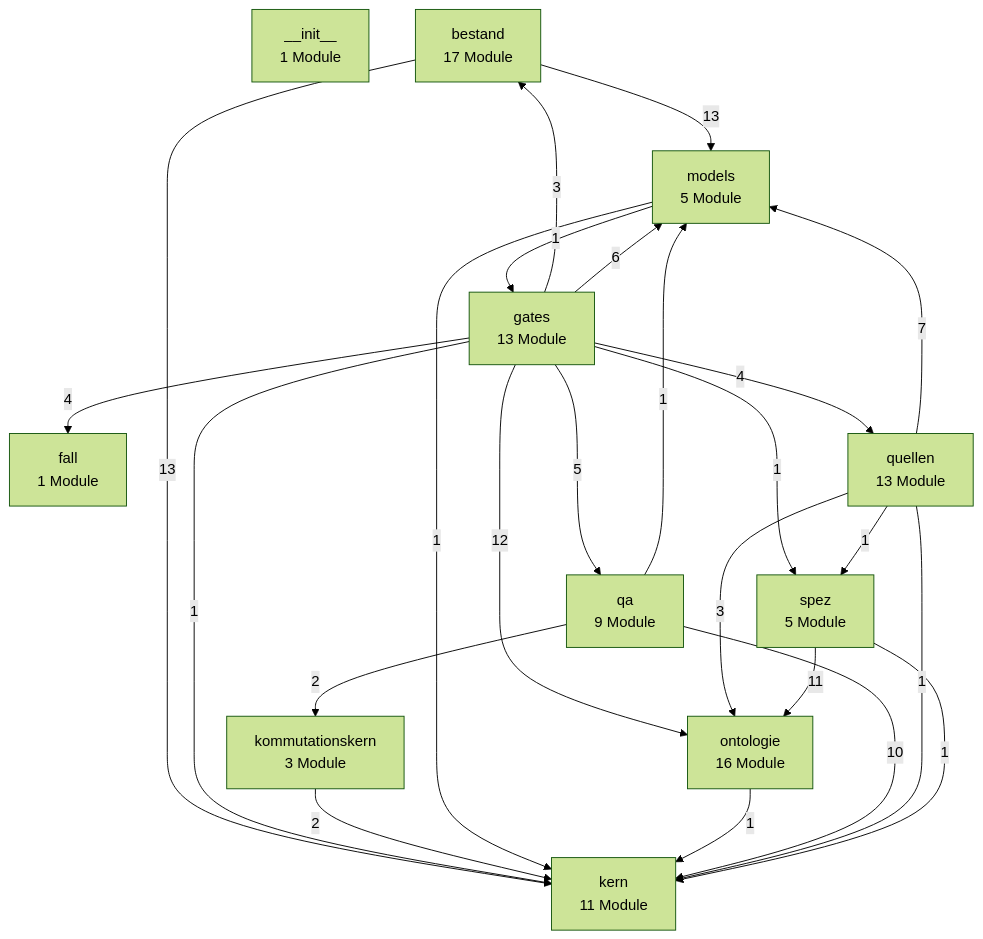
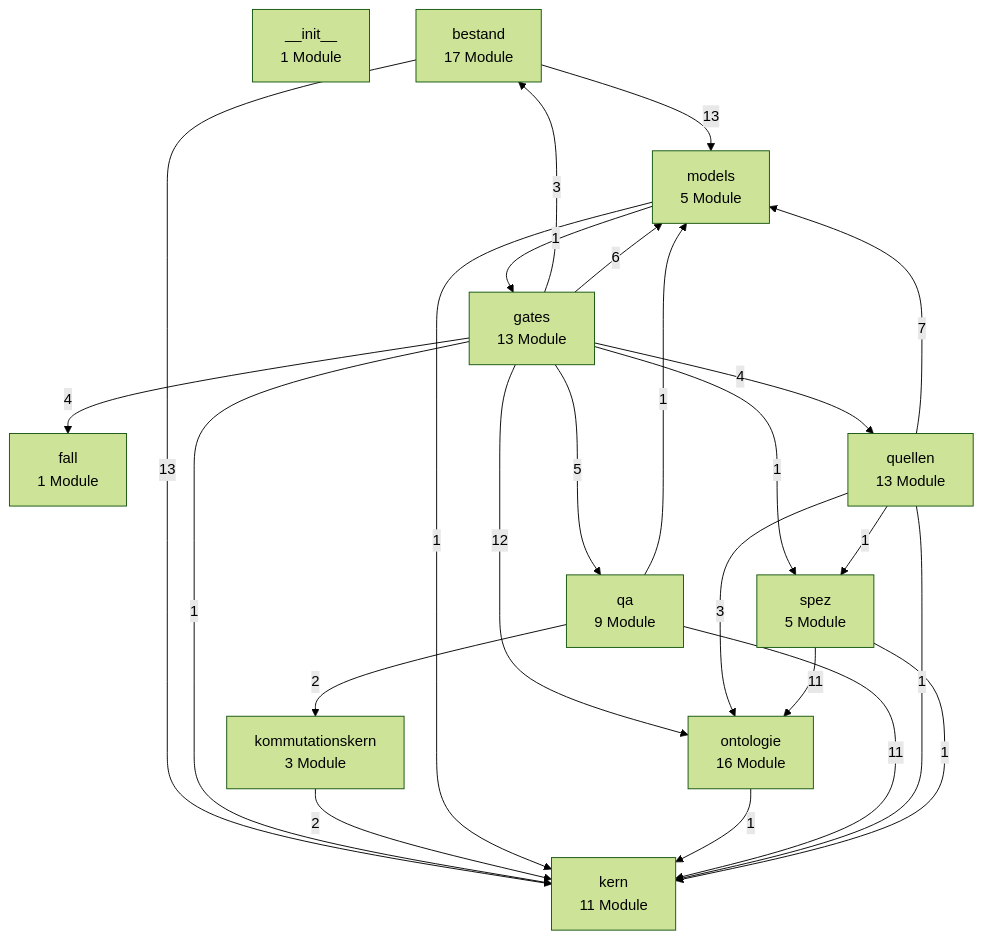
The first of 3 diagrams in docs/architektur/landkarte.md (bartlmac/rechner-pipeline), drawn with Mermaid (forest theme) before and after one commit. The commit also changed 2 other files, not shown here.

Commit message:
feat(qa): Herabsetzung als Geschaeftsvorfall des aktuariellen Tests
Die Beitragsherabsetzung war bisher kein Anlass des A-M3-Tests. Sie
passt nicht in das Zustandspaar-Schema der uebrigen Vorfaelle: Sie
TEILT den Vertrag, und wie weit, steht nicht im Zustand, sondern im
Vorfall selbst.

Deshalb bekommt der Pruefpunkt ein Feld "parameter". Fuer die
Herabsetzung traegt es den fortgefuehrten Beitragsanteil; die Engine
rechnet dDK daraus ueber kern.beitragsreduktion mit dem Zielverfahren
(prospektiv, verlustfrei). Rechnet das Quellsystem mit Abzug, ist die
Differenz kein Fehler, sondern die Verfahrensfrage — sie gehoert ins
Residuum und nicht in eine Anpassung der Engine.

Drei harte Grenzen statt stiller Naeherung: ohne Anteil bricht die
Pruefung ab (ein geratener Anteil waere eine erfundene
Vergleichsgroesse), ein Anteil ausserhalb [0, 1] ebenfalls, und ein
unterjaehriger Punkt auch — die Herabsetzung findet nur am
Vertragsstichtag statt, alles andere setzte die noch offene
Rumpfjahr-Konvention still fest.

Suite 1135 passed.

Generated with Claude Code

````diff
--- a/docs/architektur/landkarte.md
+++ b/docs/architektur/landkarte.md
@@ -27,38 +27,38 @@
 ```mermaid
 %% Schichten — erzeugt von ontologie.landkarte
 flowchart TD
     n__init__["__init__<br/>1 Module"]
     bestand["bestand<br/>17 Module"]
     fall["fall<br/>1 Module"]
     gates["gates<br/>13 Module"]
     kern["kern<br/>11 Module"]
     kommutationskern["kommutationskern<br/>3 Module"]
     models["models<br/>5 Module"]
     ontologie["ontologie<br/>16 Module"]
     qa["qa<br/>9 Module"]
     quellen["quellen<br/>13 Module"]
     spez["spez<br/>5 Module"]
     bestand -- 13 --> kern
     bestand -- 13 --> models
     gates -- 3 --> bestand
     gates -- 4 --> fall
     gates -- 1 --> kern
     gates -- 6 --> models
     gates -- 12 --> ontologie
     gates -- 5 --> qa
     gates -- 4 --> quellen
     gates -- 1 --> spez
     kommutationskern -- 2 --> kern
     models -- 1 --> gates
     models -- 1 --> kern
     ontologie -- 1 --> kern
-    qa -- 10 --> kern
+    qa -- 11 --> kern
     qa -- 2 --> kommutationskern
     qa -- 1 --> models
     quellen -- 1 --> kern
     quellen -- 7 --> models
     quellen -- 3 --> ontologie
     quellen -- 1 --> spez
     spez -- 1 --> kern
     spez -- 11 --> ontologie
 ```
````
